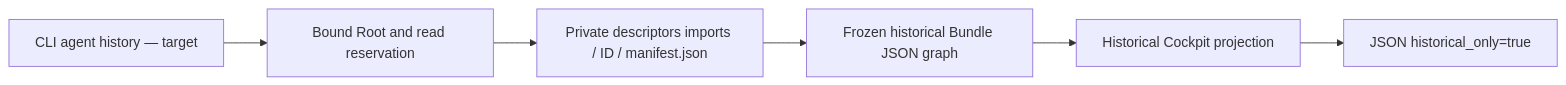
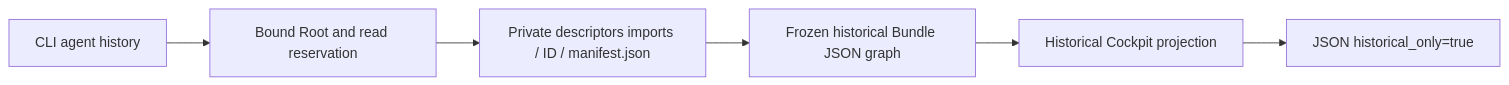
Before and after one commit to mo0ogly/swarm: the diagram in docs/en/NATIVE-AGENT-HISTORY.md, drawn with Mermaid. The commit also changed other lines of this file and 12 other files, not shown here.

Commit message:
feat(cli): connect imported agent history in Rust

````diff
--- a/docs/en/NATIVE-AGENT-HISTORY.md
+++ b/docs/en/NATIVE-AGENT-HISTORY.md
@@ -13,8 +15,8 @@
 ```mermaid
 flowchart LR
-    CLI[CLI agent history — target] --> R[Bound Root and read reservation]
+    CLI[CLI agent history] --> R[Bound Root and read reservation]
     R --> F[Private descriptors imports / ID / manifest.json]
     F --> G[Frozen historical Bundle JSON graph]
     G --> H[Historical Cockpit projection]
     H --> J[JSON historical_only=true]
 ```
````
